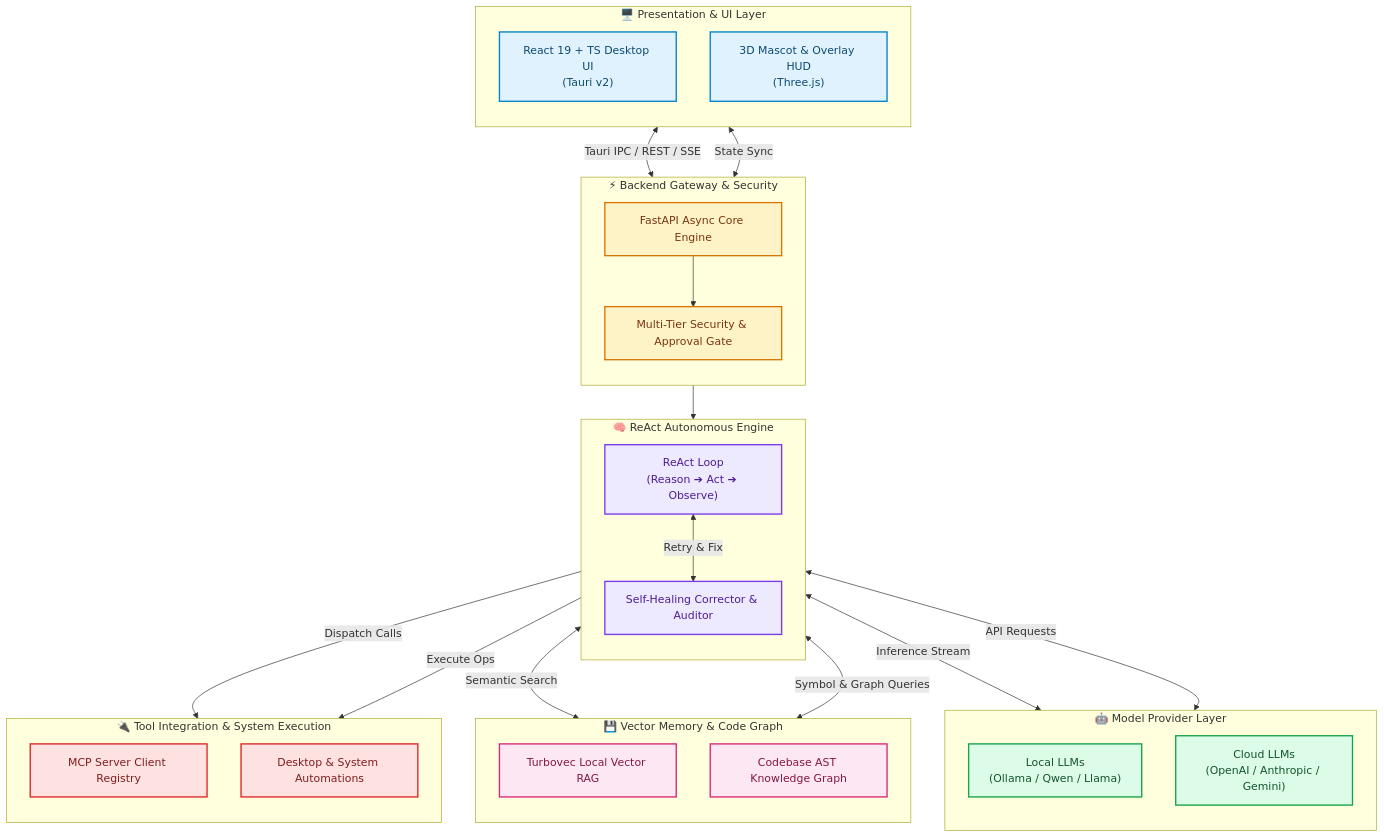
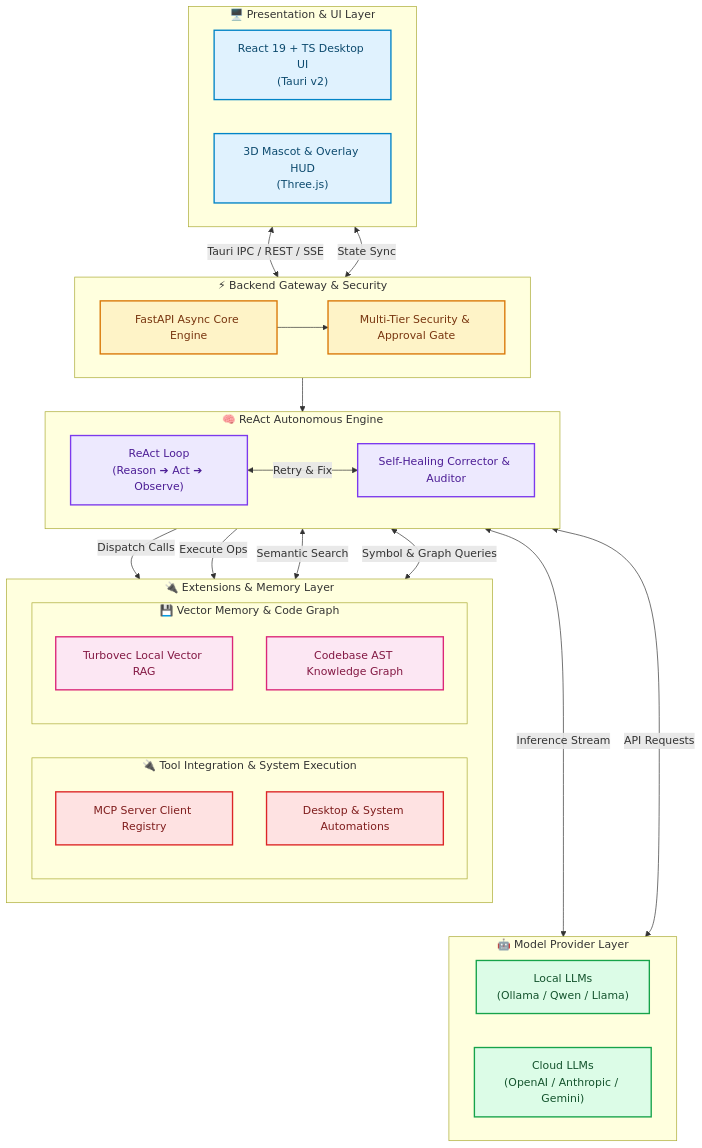
One commit to Aryan4132/Meridian-X changed the diagram in README.md. Above: the diagram before and after it, drawn with Mermaid. The commit also changed other lines of this file and 236 other files, not shown here.

Commit message:
feat(core): agent memory consolidation, local model management, and system stability

````diff
--- a/README.md
+++ b/README.md
@@ -57,64 +57,71 @@
 ```mermaid
 flowchart TB
-    subgraph UI["🖥️ Presentation &amp; UI Layer"]
-        direction TB
+    subgraph UI["🖥️ Presentation & UI Layer"]
+        direction LR
         UI_MAIN["React 19 + TS Desktop UI<br/>(Tauri v2)"]
-        UI_HUD["3D Mascot &amp; Overlay HUD<br/>(Three.js)"]
+        UI_HUD["3D Mascot & Overlay HUD<br/>(Three.js)"]
     end
 
-    subgraph GATEWAY["⚡ Backend Gateway &amp; Security"]
-        direction TB
+    subgraph GATEWAY["⚡ Backend Gateway & Security"]
+        direction LR
         FASTAPI["FastAPI Async Core Engine"]
-        SEC_GATE["Multi-Tier Security &amp; Approval Gate"]
+        SEC_GATE["Multi-Tier Security & Approval Gate"]
     end
 
     subgraph CORE["🧠 ReAct Autonomous Engine"]
-        direction TB
+        direction LR
         REACT["ReAct Loop<br/>(Reason ➔ Act ➔ Observe)"]
-        HEAL["Self-Healing Corrector &amp; Auditor"]
+        HEAL["Self-Healing Corrector & Auditor"]
+    end
+
+    subgraph INTEGRATIONS["🔌 Extensions & Memory Layer"]
+        direction LR
+        subgraph TOOLS["🔌 Tool Integration & System Execution"]
+            direction TB
+            MCP["MCP Server Client Registry"]
+            SYS_OPS["Desktop & System Automations"]
+        end
+        subgraph KNOWLEDGE["💾 Vector Memory & Code Graph"]
+            direction TB
+            VEC_DB["Turbovec Local Vector RAG"]
+            AST_GRAPH["Codebase AST Knowledge Graph"]
+        end
     end
 
     subgraph MODELS["🤖 Model Provider Layer"]
-        direction TB
+        direction LR
         OLLAMA["Local LLMs<br/>(Ollama / Qwen / Llama)"]
         CLOUD["Cloud LLMs<br/>(OpenAI / Anthropic / Gemini)"]
-    end
-
-    subgraph KNOWLEDGE["💾 Vector Memory &amp; Code Graph"]
-        direction TB
-        VEC_DB["Turbovec Local Vector RAG"]
-        AST_GRAPH["Codebase AST Knowledge Graph"]
-    end
-
-    subgraph TOOLS["🔌 Tool Integration &amp; System Execution"]
-        direction TB
-        MCP["MCP Server Client Registry"]
-        SYS_OPS["Desktop &amp; System Automations"]
     end
 
     UI_MAIN <-->|"Tauri IPC / REST / SSE"| FASTAPI
     UI_HUD <-->|"State Sync"| FASTAPI
     FASTAPI --> SEC_GATE
     SEC_GATE --> REACT
+    REACT <-->|"Retry & Fix"| HEAL
+
+    REACT -->|"Dispatch Calls"| MCP
+    REACT -->|"Execute Ops"| SYS_OPS
+    REACT <-->|"Semantic Search"| VEC_DB
+    REACT <-->|"Symbol & Graph Queries"| AST_GRAPH
+
     REACT <-->|"Inference Stream"| OLLAMA
     REACT <-->|"API Requests"| CLOUD
-    REACT <-->|"Semantic Search"| VEC_DB
-    REACT <-->|"Symbol &amp; Graph Queries"| AST_GRAPH
-    REACT <-->|"Retry &amp; Fix"| HEAL
-    REACT -->|"Dispatch Calls"| MCP
-    REACT -->|"Execute Ops"| SYS_OPS
+
+    TOOLS ~~~ MODELS
+    KNOWLEDGE ~~~ MODELS
 
     classDef uiStyle fill:#e0f2fe,stroke:#0284c7,stroke-width:2px,color:#0c4a6e
     classDef gatewayStyle fill:#fef3c7,stroke:#d97706,stroke-width:2px,color:#78350f
     classDef coreStyle fill:#ede9fe,stroke:#7c3aed,stroke-width:2px,color:#4c1d95
     classDef modelStyle fill:#dcfce7,stroke:#16a34a,stroke-width:2px,color:#14532d
     classDef knowledgeStyle fill:#fce7f3,stroke:#db2777,stroke-width:2px,color:#831843
     classDef toolStyle fill:#fee2e2,stroke:#dc2626,stroke-width:2px,color:#7f1d1d
 
     class UI_MAIN,UI_HUD uiStyle
     class FASTAPI,SEC_GATE gatewayStyle
     class REACT,HEAL coreStyle
     class OLLAMA,CLOUD modelStyle
     class VEC_DB,AST_GRAPH knowledgeStyle
     class MCP,SYS_OPS toolStyle
 ```
````
